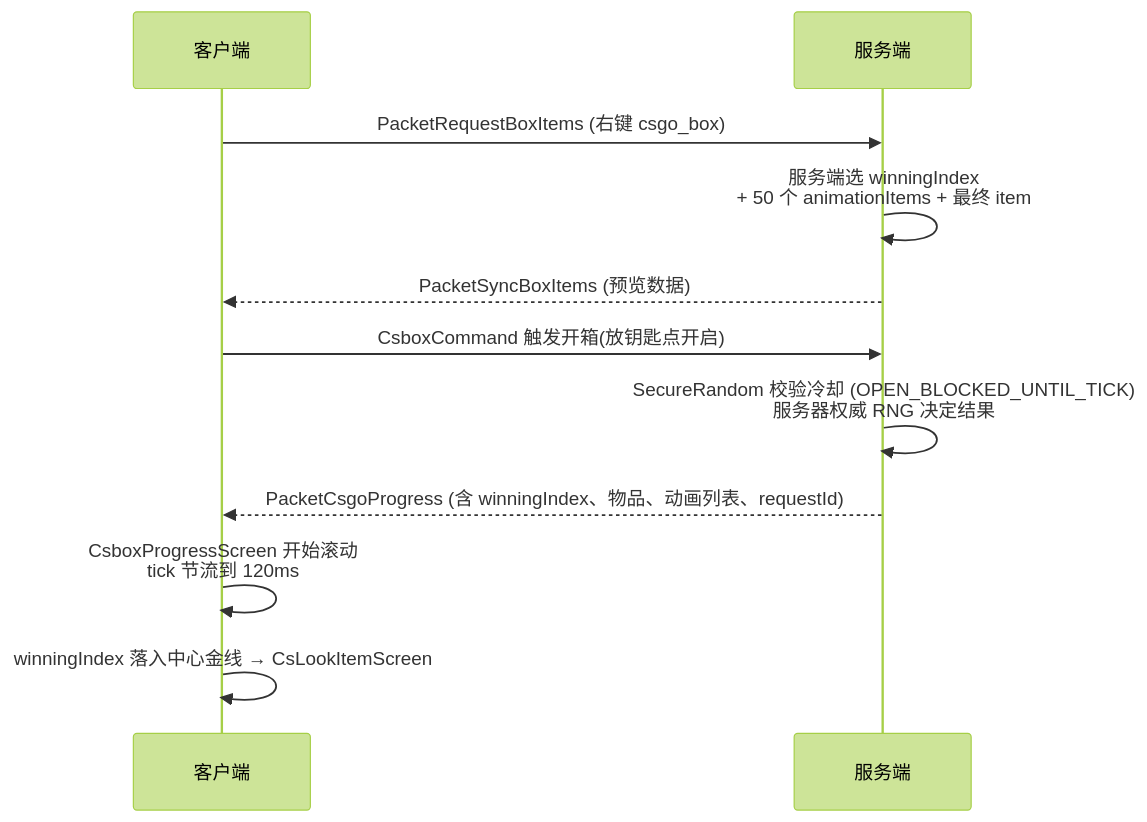
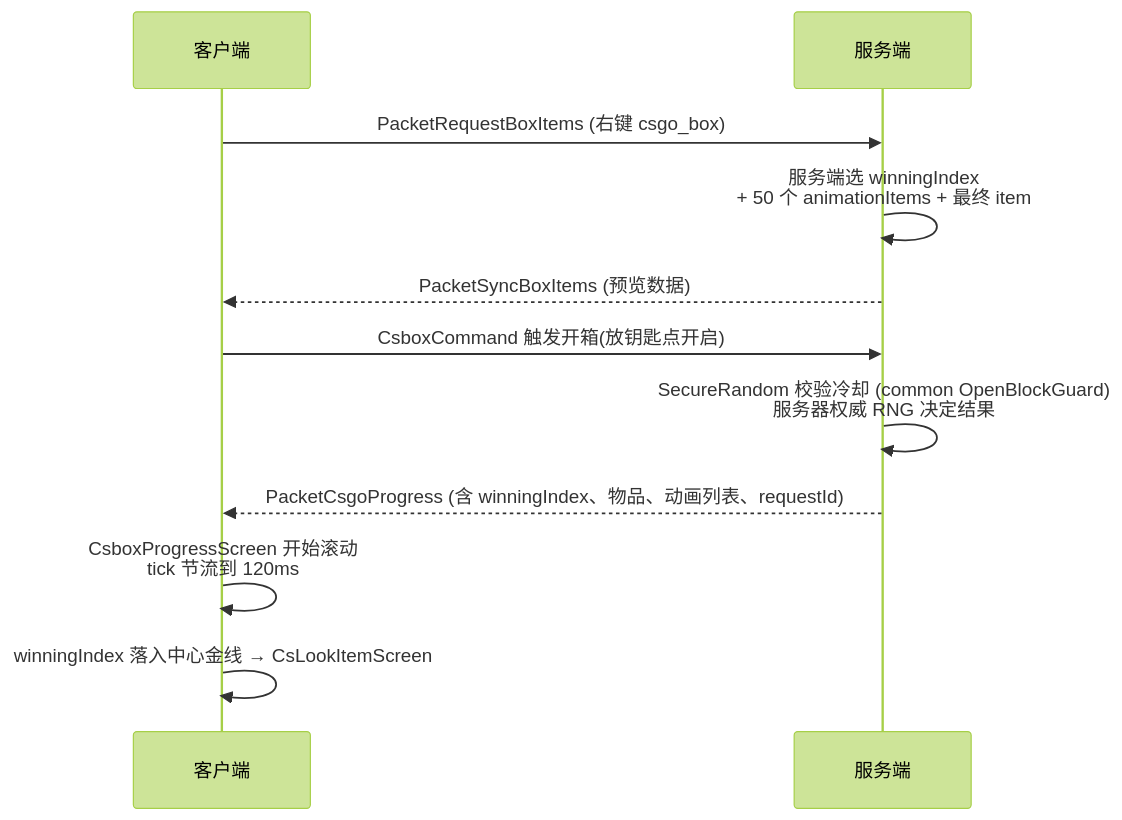
The diagram in docs/ARCHITECTURE.md (wikkd/CS2-Box), drawn with Mermaid (forest theme) before and after one commit. The commit also changed other lines of this file and 3 other files, not shown here.

First line of the commit message:
docs: sync architecture docs with multiloader refactor

````diff
--- a/docs/ARCHITECTURE.md
+++ b/docs/ARCHITECTURE.md
@@ -67,13 +74,13 @@
 ```mermaid
 sequenceDiagram
     participant C as 客户端
     participant S as 服务端
     C->>S: PacketRequestBoxItems (右键 csgo_box)
     S->>S: 服务端选 winningIndex<br/>+ 50 个 animationItems + 最终 item
     S-->>C: PacketSyncBoxItems (预览数据)
     C->>S: CsboxCommand 触发开箱(放钥匙点开启)
-    S->>S: SecureRandom 校验冷却 (OPEN_BLOCKED_UNTIL_TICK)<br/>服务器权威 RNG 决定结果
+    S->>S: SecureRandom 校验冷却 (common OpenBlockGuard)<br/>服务器权威 RNG 决定结果
     S-->>C: PacketCsgoProgress (含 winningIndex、物品、动画列表、requestId)
     C->>C: CsboxProgressScreen 开始滚动<br/>tick 节流到 120ms
     C->>C: winningIndex 落入中心金线 → CsLookItemScreen
 ```
````
